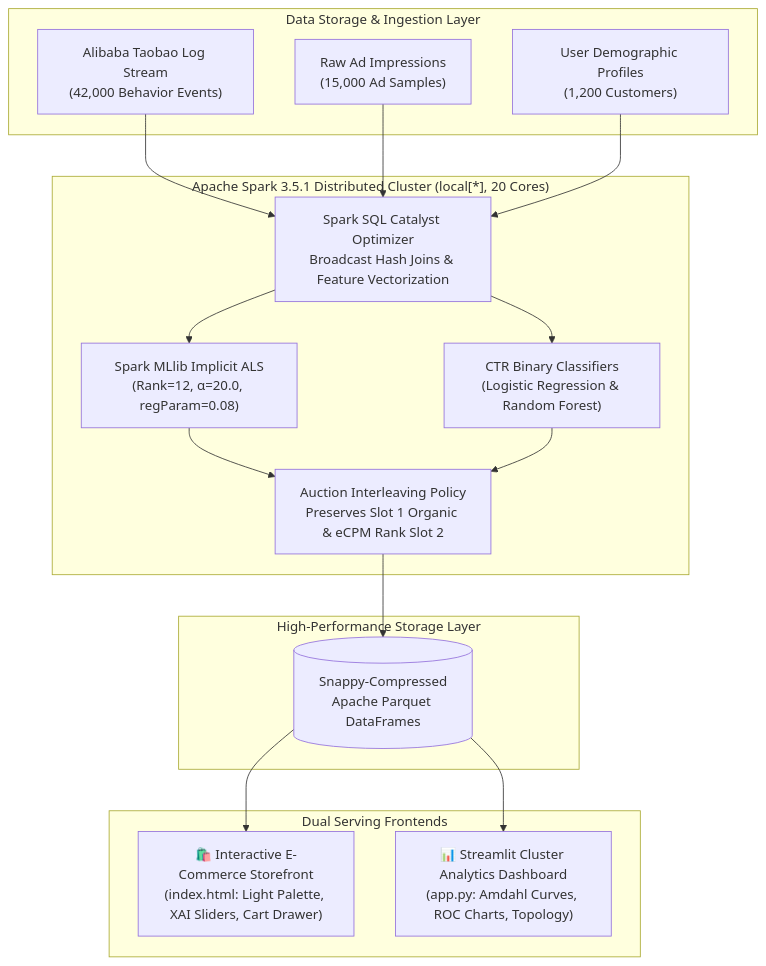
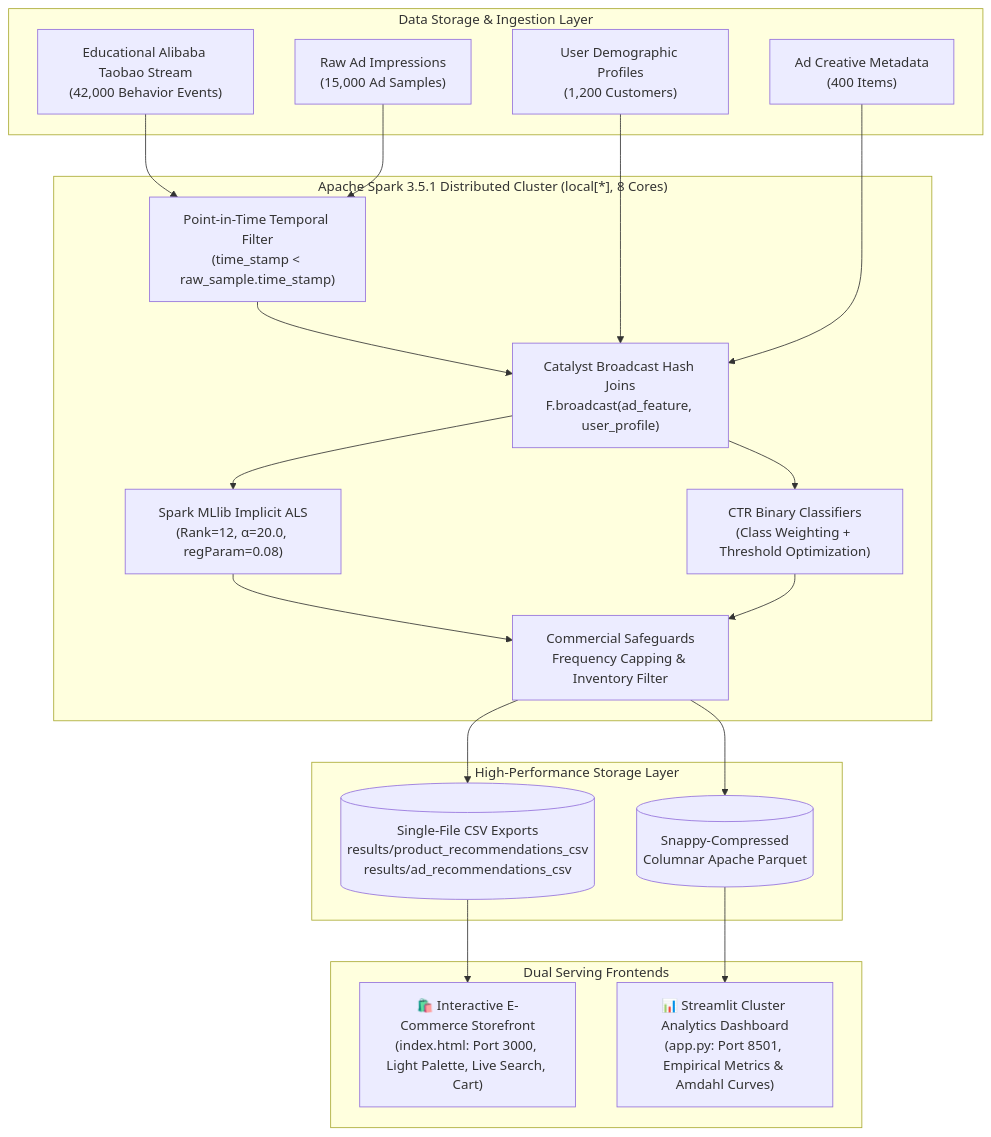
The diagram in README.md (Utkarsh1454/Smart-Commerce-AI), drawn with Mermaid before and after one commit. The commit also changed other lines of this file and 45 other files, not shown here.

````diff
--- a/README.md
+++ b/README.md
@@ -22,35 +24,41 @@
 ```mermaid
 flowchart TD
     subgraph DataLayer ["Data Storage & Ingestion Layer"]
-        A["Alibaba Taobao Log Stream<br/>(42,000 Behavior Events)"]
+        A["Educational Alibaba Taobao Stream<br/>(42,000 Behavior Events)"]
         B["Raw Ad Impressions<br/>(15,000 Ad Samples)"]
         C["User Demographic Profiles<br/>(1,200 Customers)"]
+        D["Ad Creative Metadata<br/>(400 Items)"]
     end
 
-    subgraph SparkCluster ["Apache Spark 3.5.1 Distributed Cluster (local[*], 20 Cores)"]
-        D["Spark SQL Catalyst Optimizer<br/>Broadcast Hash Joins & Feature Vectorization"]
-        E["Spark MLlib Implicit ALS<br/>(Rank=12, α=20.0, regParam=0.08)"]
-        F["CTR Binary Classifiers<br/>(Logistic Regression & Random Forest)"]
-        G["Auction Interleaving Policy<br/>Preserves Slot 1 Organic & eCPM Rank Slot 2"]
+    subgraph SparkCluster ["Apache Spark 3.5.1 Distributed Cluster (local[*], 8 Cores)"]
+        E["Point-in-Time Temporal Filter<br/>(time_stamp < raw_sample.time_stamp)"]
+        F["Catalyst Broadcast Hash Joins<br/>F.broadcast(ad_feature, user_profile)"]
+        G["Spark MLlib Implicit ALS<br/>(Rank=12, α=20.0, regParam=0.08)"]
+        H["CTR Binary Classifiers<br/>(Class Weighting + Threshold Optimization)"]
+        I["Commercial Safeguards<br/>Frequency Capping & Inventory Filter"]
     end
 
     subgraph StorageLayer ["High-Performance Storage Layer"]
-        H[("Snappy-Compressed<br/>Apache Parquet DataFrames")]
+        J[("Snappy-Compressed<br/>Columnar Apache Parquet")]
+        K[("Single-File CSV Exports<br/>results/product_recommendations_csv<br/>results/ad_recommendations_csv")]
     end
 
     subgraph PresentationLayer ["Dual Serving Frontends"]
-        I["🛍️ Interactive E-Commerce Storefront<br/>(index.html: Light Palette, XAI Sliders, Cart Drawer)"]
-        J["📊 Streamlit Cluster Analytics Dashboard<br/>(app.py: Amdahl Curves, ROC Charts, Topology)"]
+        L["🛍️ Interactive E-Commerce Storefront<br/>(index.html: Port 3000, Light Palette, Live Search, Cart)"]
+        M["📊 Streamlit Cluster Analytics Dashboard<br/>(app.py: Port 8501, Empirical Metrics & Amdahl Curves)"]
     end
 
-    A --> D
-    B --> D
-    C --> D
-    D --> E
+    A --> E
+    B --> E
+    E --> F
+    C --> F
     D --> F
-    E --> G
     F --> G
-    G --> H
+    F --> H
+    G --> I
     H --> I
-    H --> J
+    I --> J
+    I --> K
+    K --> L
+    J --> M
 ```
````
